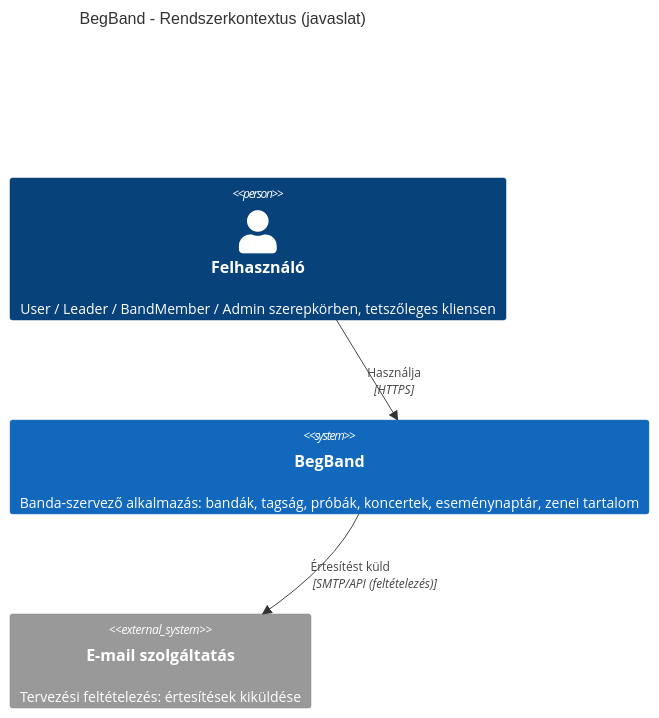
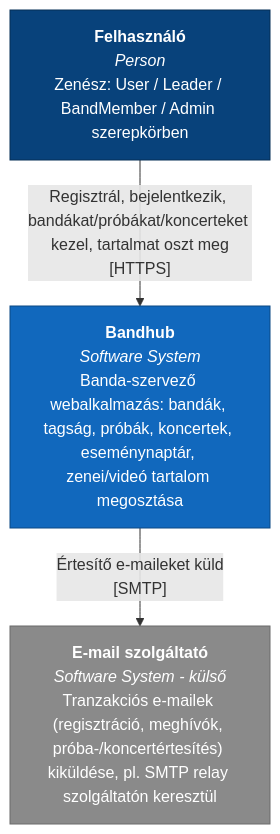
Before and after one commit to Kiyo200/BegBand: the sixth of 18 diagrams in docs/Rendszerdokumentacio.md, drawn with Mermaid. The commit also changed other lines of this file and 20 other files, not shown here.

````diff
--- a/docs/Rendszerdokumentacio.md
+++ b/docs/Rendszerdokumentacio.md
@@ -437,11 +437,16 @@
 ```mermaid
-C4Context
-    title BegBand - Rendszerkontextus (javaslat)
+flowchart TD
+    user["<b>Felhasználó</b><br/><i>Person</i><br/>Zenész: User / Leader / BandMember / Admin szerepkörben"]
+    bandhub["<b>Bandhub</b><br/><i>Software System</i><br/>Banda-szervező webalkalmazás: bandák, tagság, próbák, koncertek, eseménynaptár, zenei/videó tartalom megosztása"]
+    email["<b>E-mail szolgáltató</b><br/><i>Software System - külső</i><br/>Tranzakciós e-mailek (regisztráció, meghívók, próba-/koncertértesítés) kiküldése, pl. SMTP relay szolgáltatón keresztül"]
 
-    Person(user, "Felhasználó", "User / Leader / BandMember / Admin szerepkörben, tetszőleges kliensen")
-    System(begband, "BegBand", "Banda-szervező alkalmazás: bandák, tagság, próbák, koncertek, eseménynaptár, zenei tartalom")
-    System_Ext(email, "E-mail szolgáltatás", "Tervezési feltételezés: értesítések kiküldése")
+    user -->|"Regisztrál, bejelentkezik, bandákat/próbákat/koncerteket kezel, tartalmat oszt meg<br/>[HTTPS]"| bandhub
+    bandhub -->|"Értesítő e-maileket küld<br/>[SMTP]"| email
 
-    Rel(user, begband, "Használja", "HTTPS")
-    Rel(begband, email, "Értesítést küld", "SMTP/API (feltételezés)")
+    classDef person fill:#08427B,stroke:#052E56,color:#fff
+    classDef system fill:#1168BD,stroke:#0B4884,color:#fff
+    classDef external fill:#8A8A8A,stroke:#6B6B6B,color:#fff
+    class user person
+    class bandhub system
+    class email external
 ```
````
